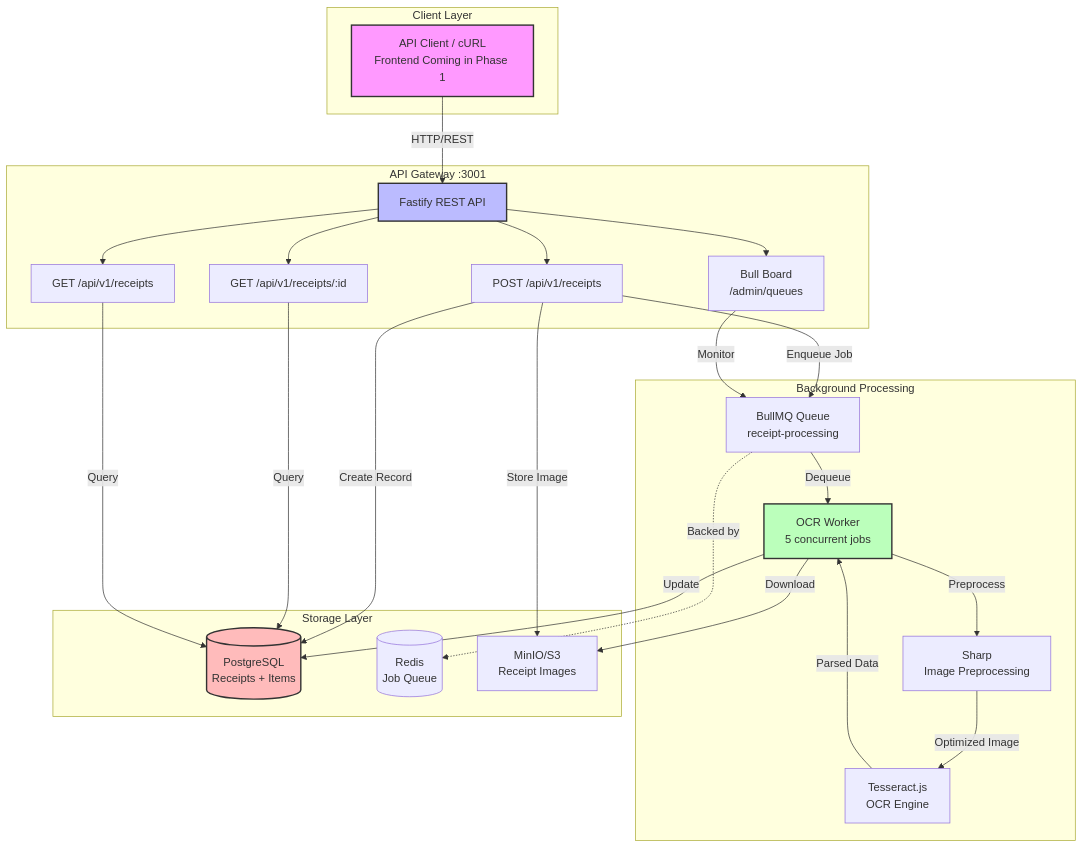
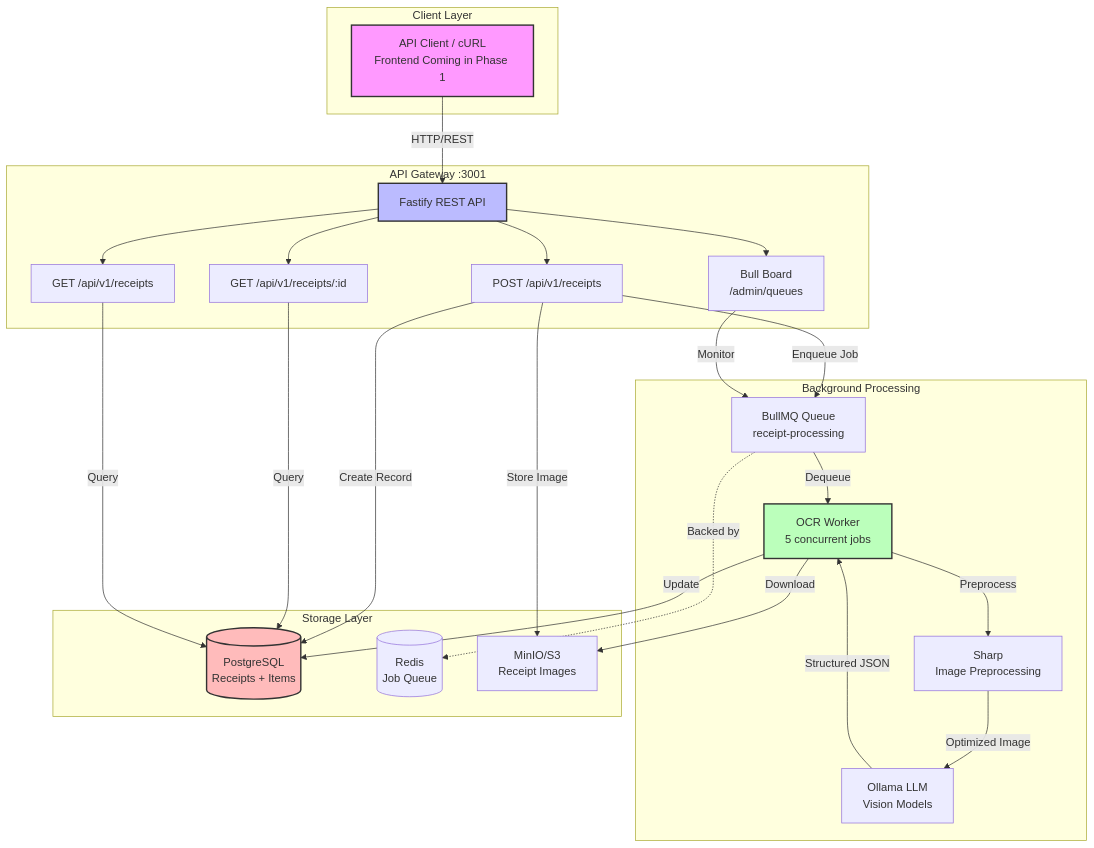
The first of 2 diagrams in README.md (mpwg/Pricey), drawn with Mermaid before and after one commit. The commit also changed other lines of this file and 6 other files, not shown here.

````diff
--- a/README.md
+++ b/README.md
@@ -74,55 +74,55 @@
 ```mermaid
 graph TB
     subgraph "Client Layer"
         Client[API Client / cURL<br/>Frontend Coming in Phase 1]
     end
 
     subgraph "API Gateway :3001"
         API[Fastify REST API]
         Upload[POST /api/v1/receipts]
         Get[GET /api/v1/receipts/:id]
         List[GET /api/v1/receipts]
         Dashboard[Bull Board<br/>/admin/queues]
     end
 
     subgraph "Background Processing"
         Queue[BullMQ Queue<br/>receipt-processing]
         Worker[OCR Worker<br/>5 concurrent jobs]
-        Tesseract[Tesseract.js<br/>OCR Engine]
+        LLM[Ollama LLM<br/>Vision Models]
         Sharp[Sharp<br/>Image Preprocessing]
     end
 
     subgraph "Storage Layer"
         DB[(PostgreSQL<br/>Receipts + Items)]
         Cache[(Redis<br/>Job Queue)]
         S3[MinIO/S3<br/>Receipt Images]
     end
 
     Client -->|HTTP/REST| API
     API --> Upload
     API --> Get
     API --> List
     API --> Dashboard
 
     Upload -->|Store Image| S3
     Upload -->|Create Record| DB
     Upload -->|Enqueue Job| Queue
 
     Queue -->|Dequeue| Worker
     Worker -->|Download| S3
     Worker -->|Preprocess| Sharp
-    Sharp -->|Optimized Image| Tesseract
-    Tesseract -->|Parsed Data| Worker
+    Sharp -->|Optimized Image| LLM
+    LLM -->|Structured JSON| Worker
     Worker -->|Update| DB
 
     Get -->|Query| DB
     List -->|Query| DB
     Dashboard -->|Monitor| Queue
 
     Queue -.->|Backed by| Cache
 
     style Client fill:#f9f,stroke:#333,stroke-width:2px
     style API fill:#bbf,stroke:#333,stroke-width:2px
     style Worker fill:#bfb,stroke:#333,stroke-width:2px
     style DB fill:#fbb,stroke:#333,stroke-width:2px
 ```
````
